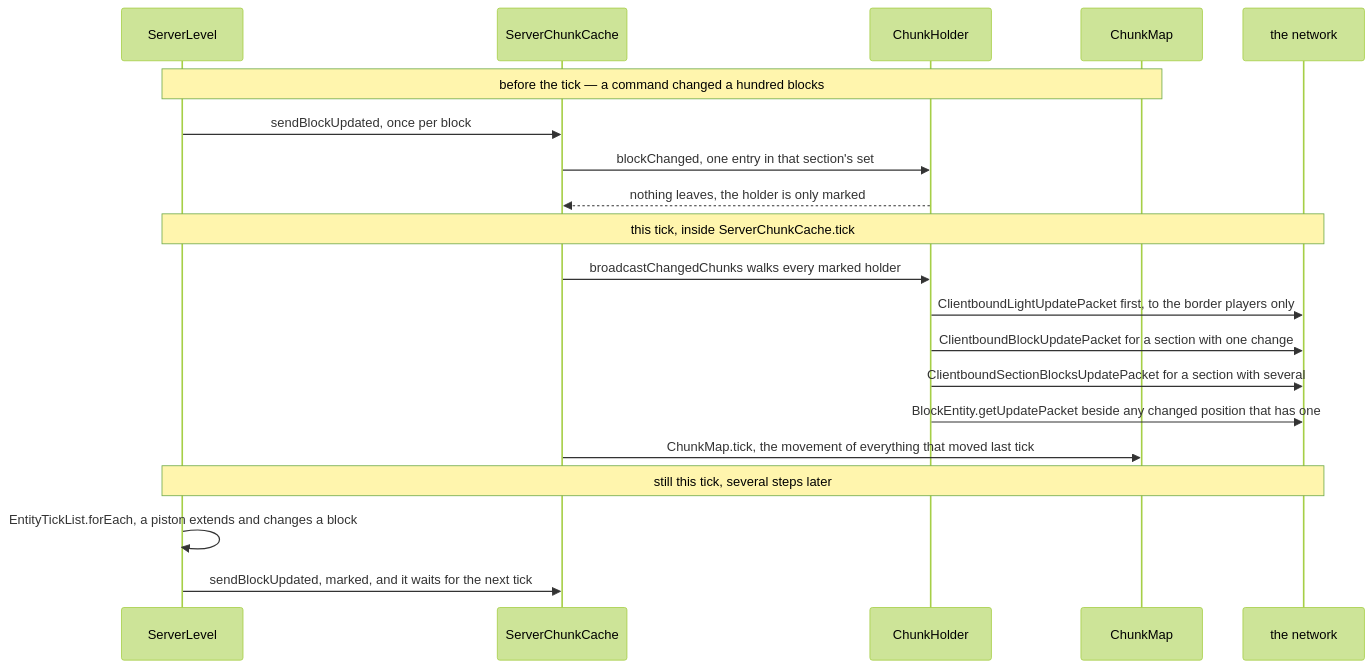
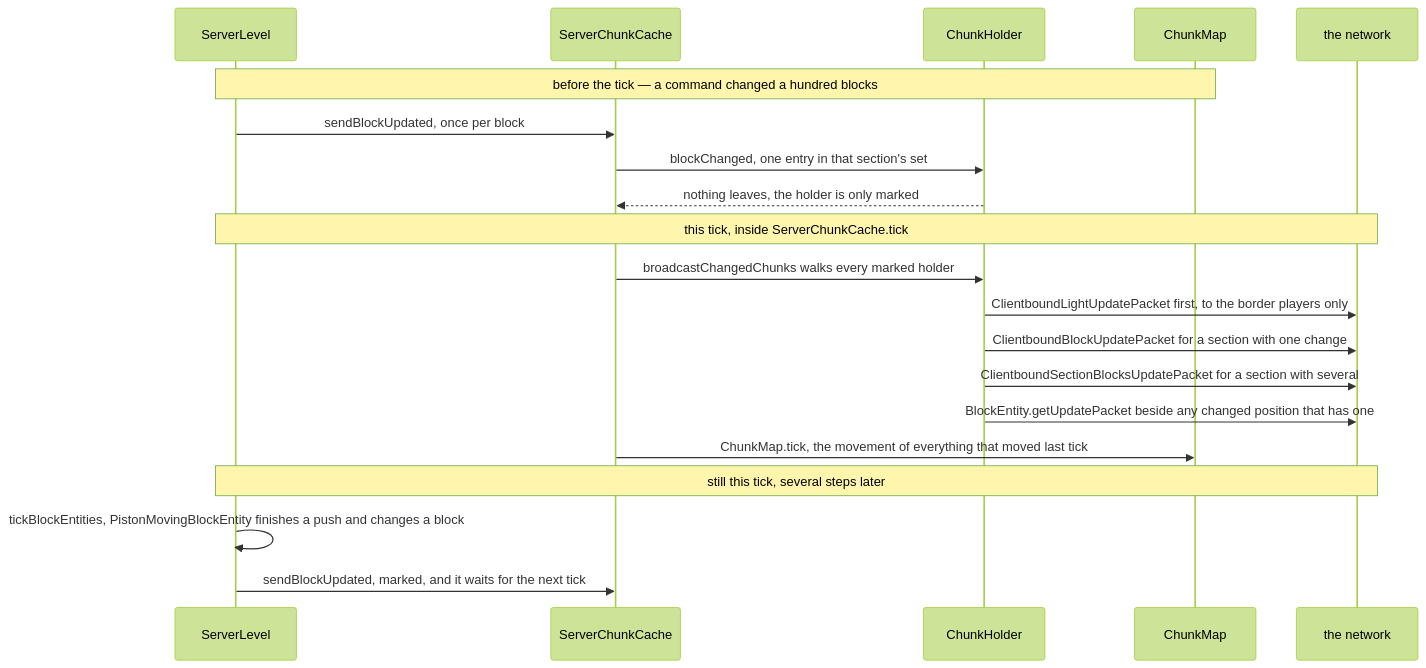
Before and after one commit to AlexanderjFraser/MinecraftDocs: the second of 2 diagrams in src/systems/server/server-level-tick.md, drawn with Mermaid (forest theme). The commit also changed other lines of this file and 10 other files, not shown here.

````diff
--- a/src/systems/server/server-level-tick.md
+++ b/src/systems/server/server-level-tick.md
@@ -259,23 +261,23 @@
 ```mermaid
 sequenceDiagram
     participant SL as ServerLevel
     participant SCC as ServerChunkCache
     participant CH as ChunkHolder
     participant CM as ChunkMap
     participant Wire as the network
 
     Note over SL,CM: before the tick — a command changed a hundred blocks
     SL->>SCC: sendBlockUpdated, once per block
     SCC->>CH: blockChanged, one entry in that section's set
     CH-->>SCC: nothing leaves, the holder is only marked
     Note over SL,Wire: this tick, inside ServerChunkCache.tick
     SCC->>CH: broadcastChangedChunks walks every marked holder
     CH->>Wire: ClientboundLightUpdatePacket first, to the border players only
     CH->>Wire: ClientboundBlockUpdatePacket for a section with one change
     CH->>Wire: ClientboundSectionBlocksUpdatePacket for a section with several
     CH->>Wire: BlockEntity.getUpdatePacket beside any changed position that has one
     SCC->>CM: ChunkMap.tick, the movement of everything that moved last tick
     Note over SL,Wire: still this tick, several steps later
-    SL->>SL: EntityTickList.forEach, a piston extends and changes a block
+    SL->>SL: tickBlockEntities, PistonMovingBlockEntity finishes a push and changes a block
     SL->>SCC: sendBlockUpdated, marked, and it waits for the next tick
 ```
````
